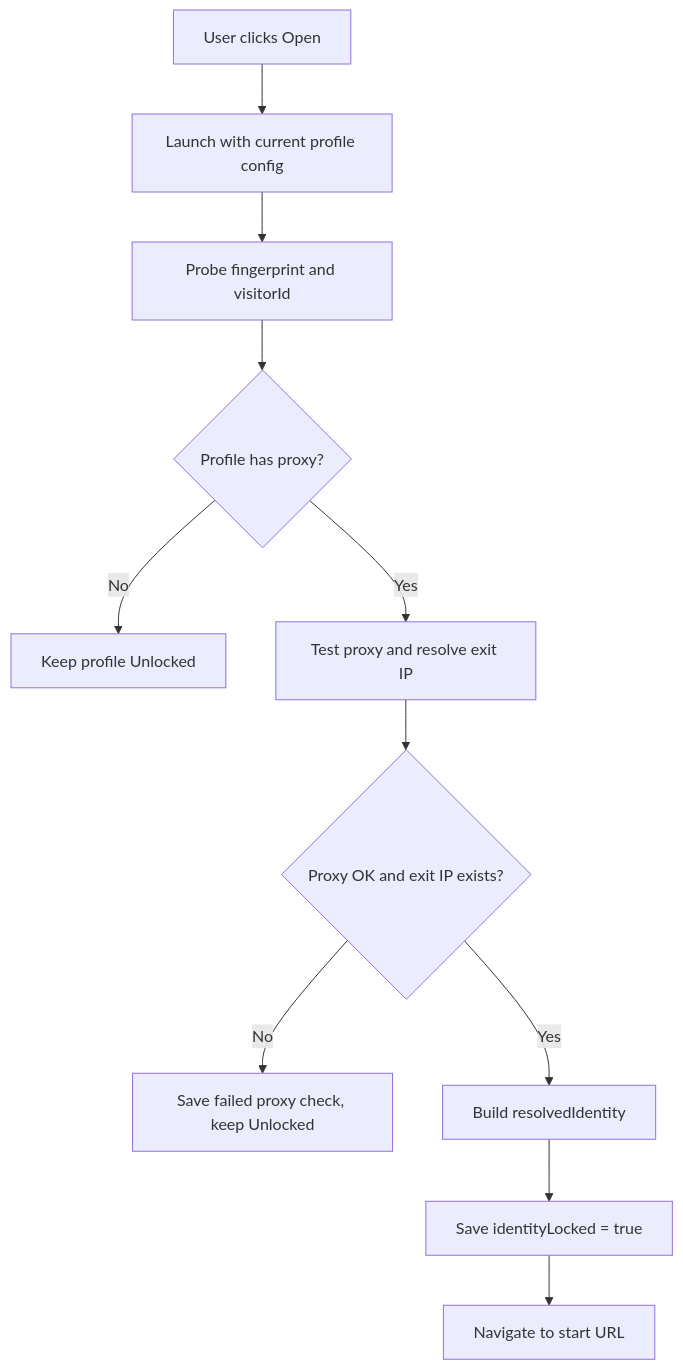
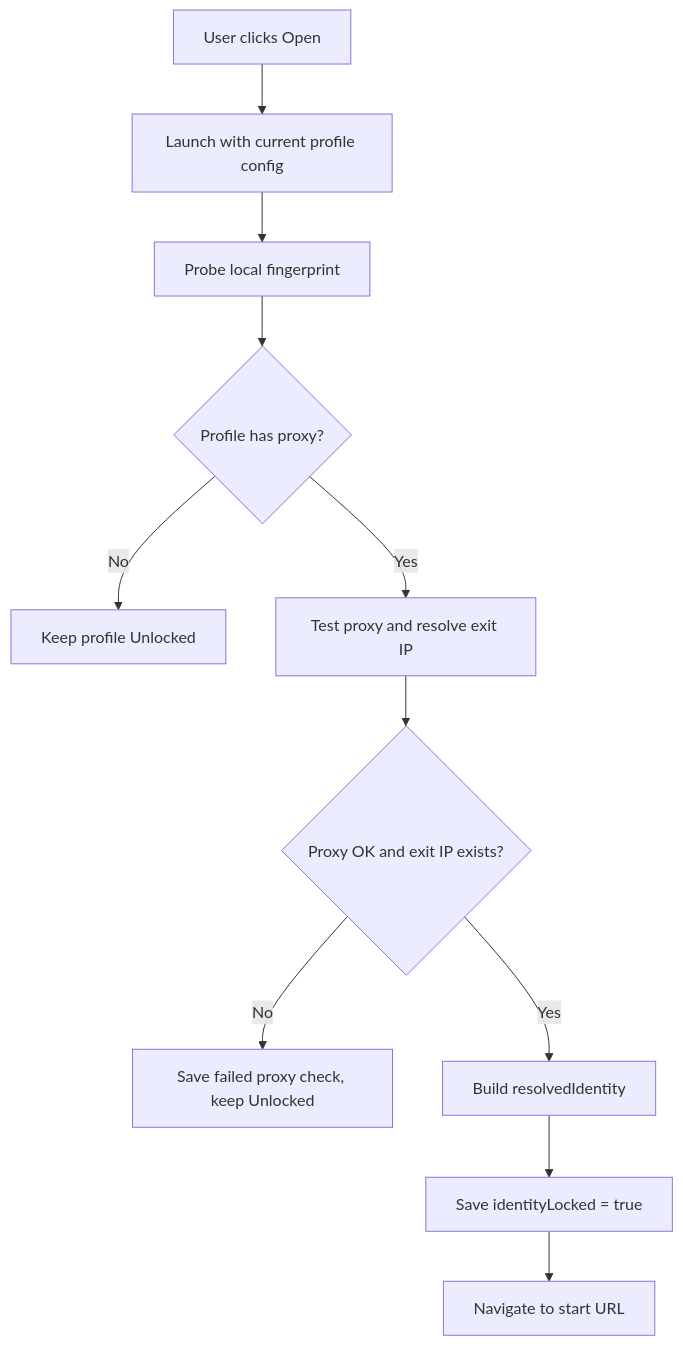
One commit to duyviet2101/uiauia-login changed the first of 2 diagrams in docs/p0-stable-identity-lock-guide.md. Above: the diagram before and after it, drawn with Mermaid. The commit also changed other lines of this file and 18 other files, not shown here.

````diff
--- a/docs/p0-stable-identity-lock-guide.md
+++ b/docs/p0-stable-identity-lock-guide.md
@@ -162,13 +162,13 @@
 ```mermaid
 flowchart TD
   A["User clicks Open"] --> B["Launch with current profile config"]
-  B --> C["Probe fingerprint and visitorId"]
+  B --> C["Probe local fingerprint"]
   C --> D{"Profile has proxy?"}
   D -- "No" --> E["Keep profile Unlocked"]
   D -- "Yes" --> F["Test proxy and resolve exit IP"]
   F --> G{"Proxy OK and exit IP exists?"}
   G -- "No" --> H["Save failed proxy check, keep Unlocked"]
   G -- "Yes" --> I["Build resolvedIdentity"]
   I --> J["Save identityLocked = true"]
   J --> K["Navigate to start URL"]
 ```
````
